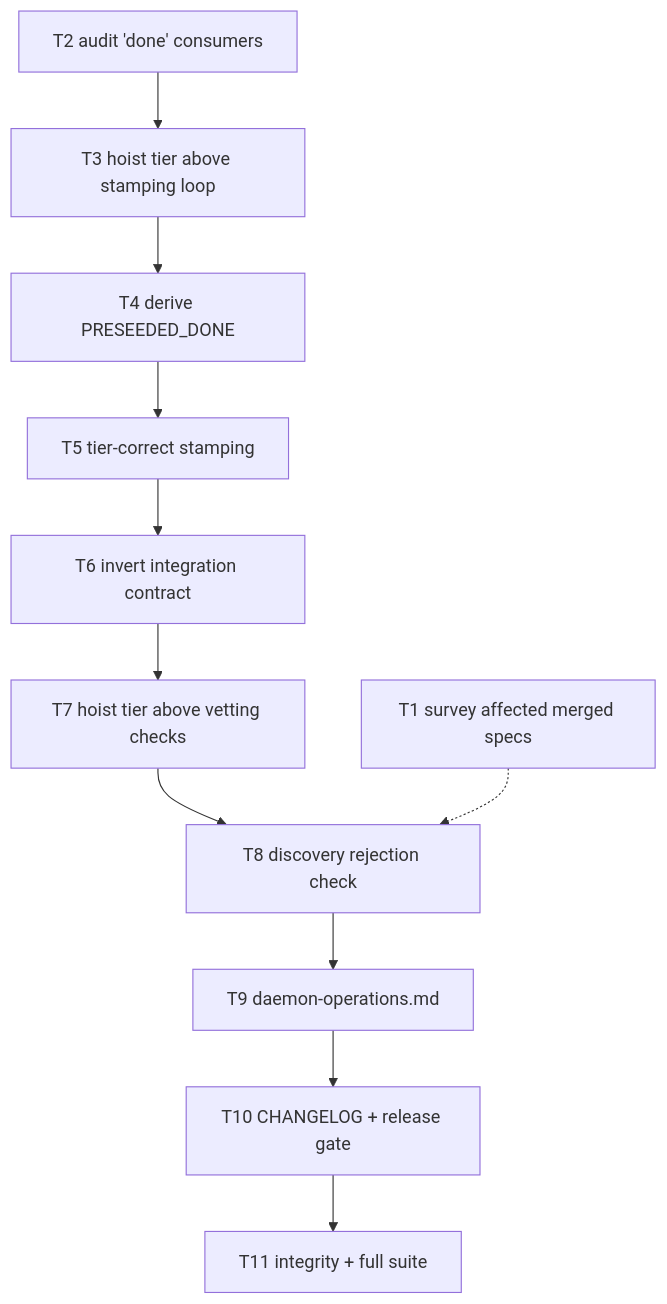
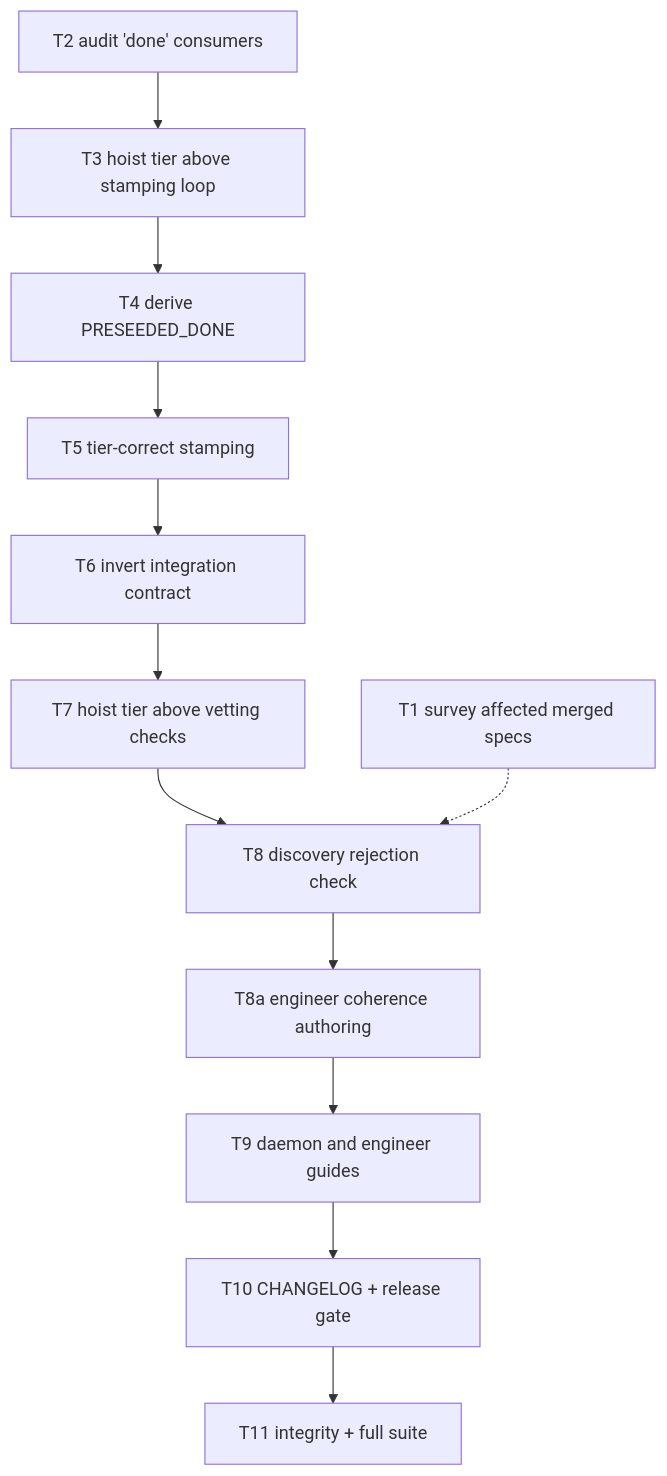
One commit to jstoup111/ai-conductor changed the diagram in .docs/plans/2026-07-26-daemon-decide-phase-coherence-ownership-971.md. Above: the diagram before and after it, drawn with Mermaid. The commit also changed other lines of this file and 5 other files, not shown here.

````diff
--- a/.docs/plans/2026-07-26-daemon-decide-phase-coherence-ownership-971.md
+++ b/.docs/plans/2026-07-26-daemon-decide-phase-coherence-ownership-971.md
@@ -267,25 +300,27 @@
 ```mermaid
 graph TD
     T1["T1 survey affected merged specs"]
     T2["T2 audit 'done' consumers"]
     T3["T3 hoist tier above stamping loop"]
     T4["T4 derive PRESEEDED_DONE"]
     T5["T5 tier-correct stamping"]
     T6["T6 invert integration contract"]
     T7["T7 hoist tier above vetting checks"]
     T8["T8 discovery rejection check"]
-    T9["T9 daemon-operations.md"]
+    T8A["T8a engineer coherence authoring"]
+    T9["T9 daemon and engineer guides"]
     T10["T10 CHANGELOG + release gate"]
     T11["T11 integrity + full suite"]
 
     T2 --> T3
     T3 --> T4
     T4 --> T5
     T5 --> T6
     T6 --> T7
     T7 --> T8
-    T8 --> T9
+    T8 --> T8A
+    T8A --> T9
     T9 --> T10
     T10 --> T11
     T1 -.-> T8
 ```
````
